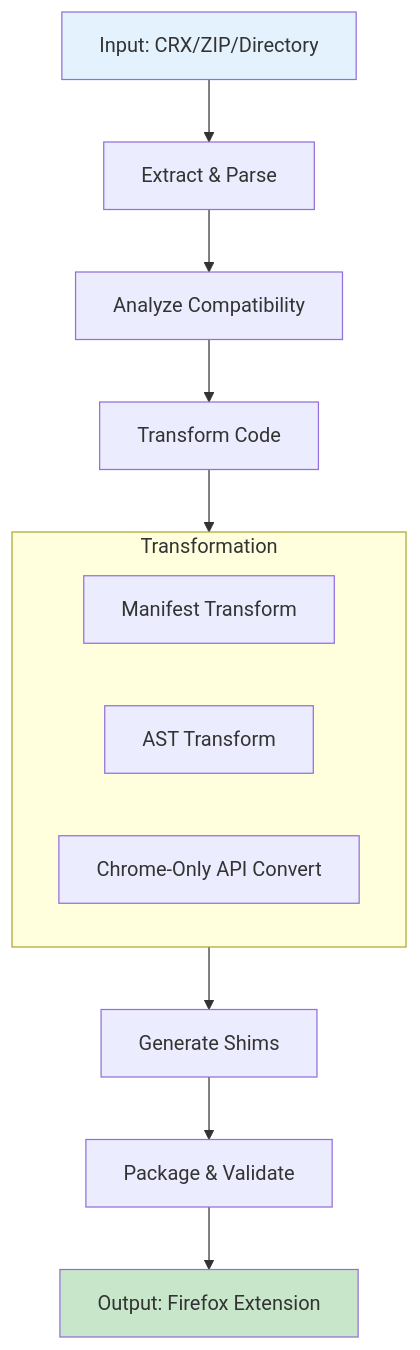
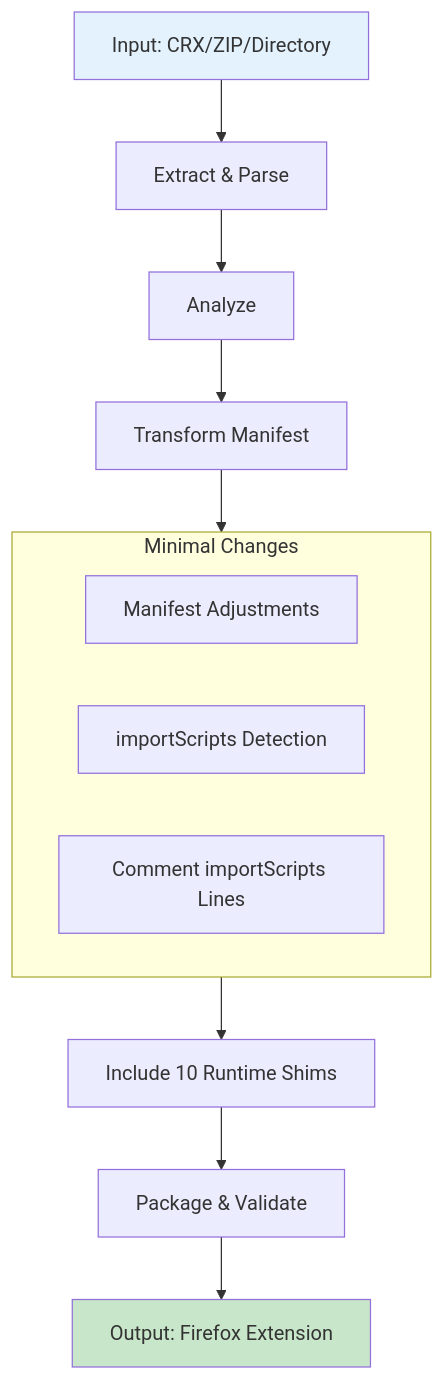
One commit to OtsoBear/chrome2moz changed the diagram in ARCHITECTURE.md. Above: the diagram before and after it, drawn with Mermaid. The commit also changed other lines of this file and 23 other files, not shown here.

Commit message:
Refactor: Remove all AST usage in code and use runtime interception instead

````diff
--- a/ARCHITECTURE.md
+++ b/ARCHITECTURE.md
@@ -104,20 +97,20 @@
 ```mermaid
 flowchart TD
     A[Input: CRX/ZIP/Directory] --> B[Extract & Parse]
-    B --> C[Analyze Compatibility]
-    C --> D[Transform Code]
+    B --> C[Analyze]
+    C --> D[Transform Manifest]
     
-    subgraph Transform["Transformation"]
-        D1[Manifest Transform]
-        D2[AST Transform]
-        D3[Chrome-Only API Convert]
+    subgraph Transform["Minimal Changes"]
+        D1[Manifest Adjustments]
+        D2[importScripts Detection]
+        D3[Comment importScripts Lines]
     end
     
     D --> Transform
-    Transform --> E[Generate Shims]
+    Transform --> E[Include 10 Runtime Shims]
     E --> F[Package & Validate]
     F --> G[Output: Firefox Extension]
     
     style A fill:#e3f2fd
     style G fill:#c8e6c9
 ```
````
